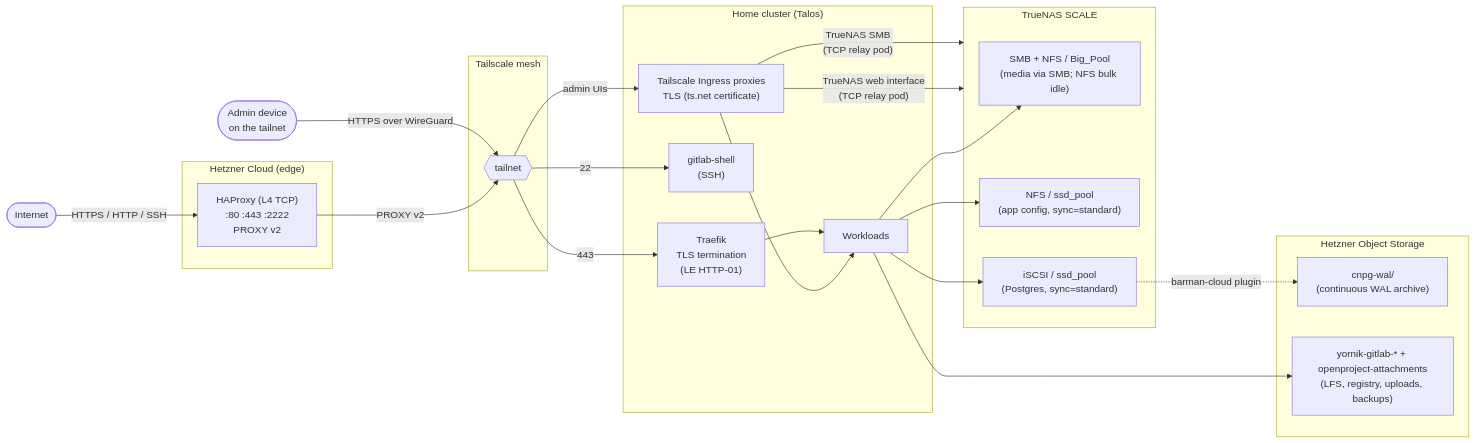
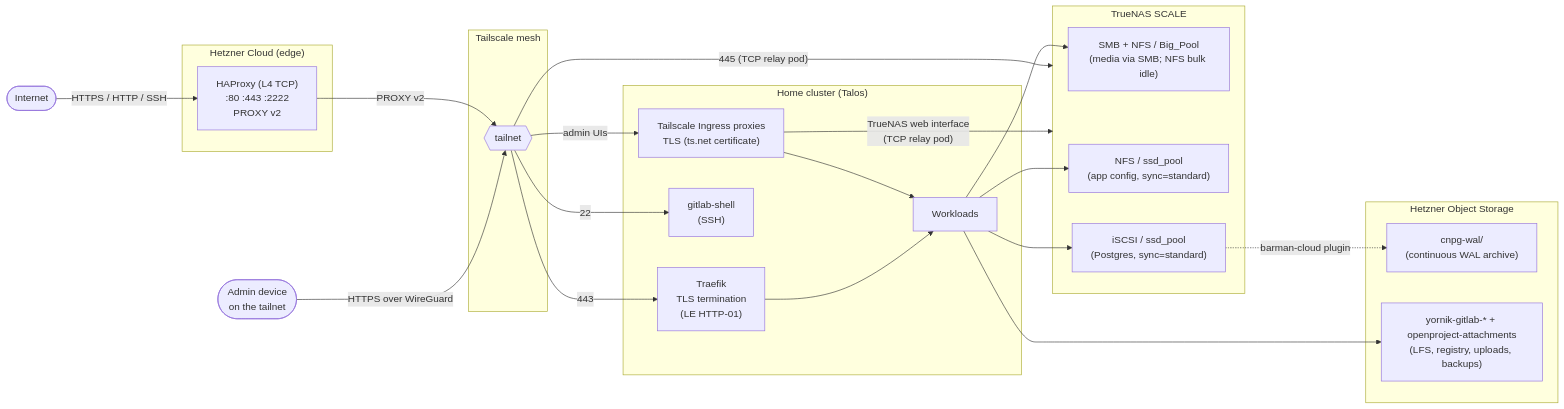
Before and after one commit to Yornik/sharkshere-gitops: the diagram in docs/tech/README.md, drawn with Mermaid. The commit also changed 7 other files, not shown here.

````diff
--- a/docs/tech/README.md
+++ b/docs/tech/README.md
@@ -38,42 +38,42 @@
 ```mermaid
 flowchart LR
   Internet([Internet])
   Admin([Admin device<br/>on the tailnet])
   subgraph Hetzner["Hetzner Cloud (edge)"]
     HAProxy["HAProxy (L4 TCP)<br/>:80 :443 :2222<br/>PROXY v2"]
   end
   subgraph TS["Tailscale mesh"]
     Mesh{{tailnet}}
   end
   subgraph Home["Home cluster (Talos)"]
     Traefik["Traefik<br/>TLS termination<br/>(LE HTTP-01)"]
     Apps[Workloads]
     GitlabShell["gitlab-shell<br/>(SSH)"]
     TSProxy["Tailscale Ingress proxies<br/>TLS (ts.net certificate)"]
   end
   subgraph NAS["TrueNAS SCALE"]
     HDD["SMB + NFS / Big_Pool<br/>(media via SMB; NFS bulk idle)"]
     SSD_NFS["NFS / ssd_pool<br/>(app config, sync=standard)"]
     SSD_iSCSI["iSCSI / ssd_pool<br/>(Postgres, sync=standard)"]
   end
   subgraph S3["Hetzner Object Storage"]
     WAL["cnpg-wal/<br/>(continuous WAL archive)"]
     Buckets["yornik-gitlab-* + openproject-attachments<br/>(LFS, registry, uploads, backups)"]
   end
 
   Internet -->|HTTPS / HTTP / SSH| HAProxy
   HAProxy -->|"PROXY v2"| Mesh
   Mesh -->|443| Traefik
   Mesh -->|22| GitlabShell
+  Mesh -->|"445 (TCP relay pod)"| NAS
   Admin -->|"HTTPS over WireGuard"| Mesh
   Mesh -->|admin UIs| TSProxy
   TSProxy --> Apps
   TSProxy -->|"TrueNAS web interface<br/>(TCP relay pod)"| NAS
-  TSProxy -->|"TrueNAS SMB<br/>(TCP relay pod)"| NAS
   Traefik --> Apps
   Apps --> HDD
   Apps --> SSD_NFS
   Apps --> SSD_iSCSI
   Apps --> Buckets
   SSD_iSCSI -.barman-cloud plugin.-> WAL
 ```
````
